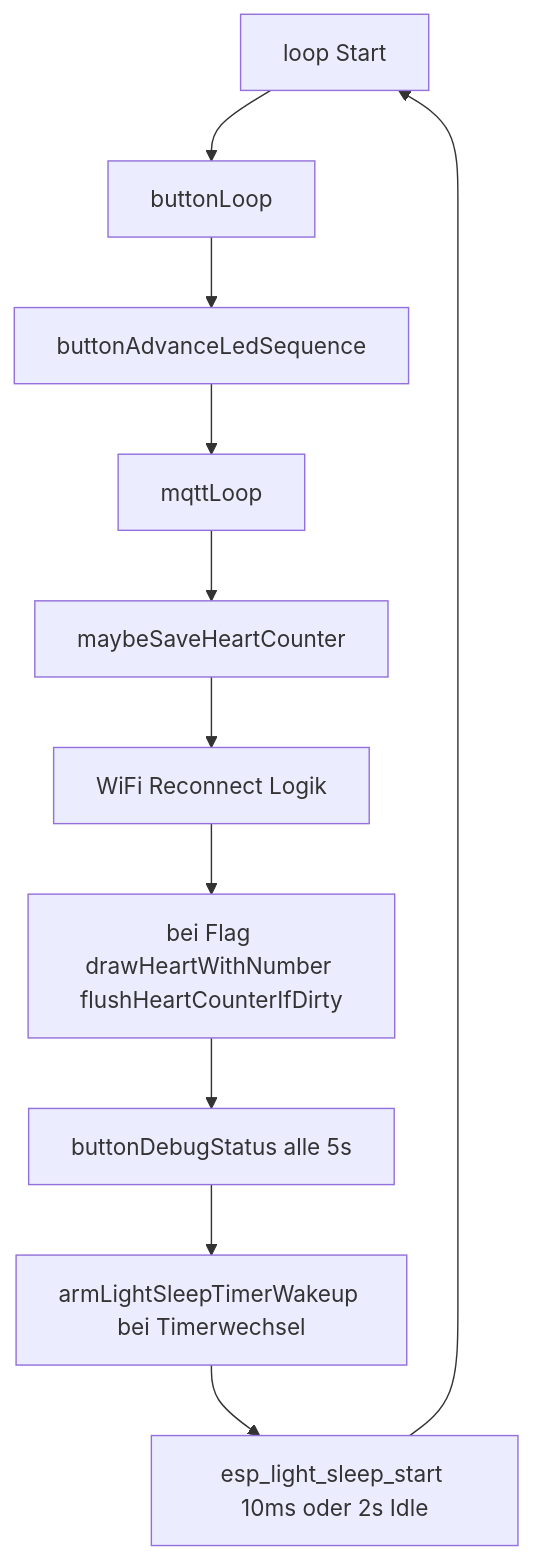
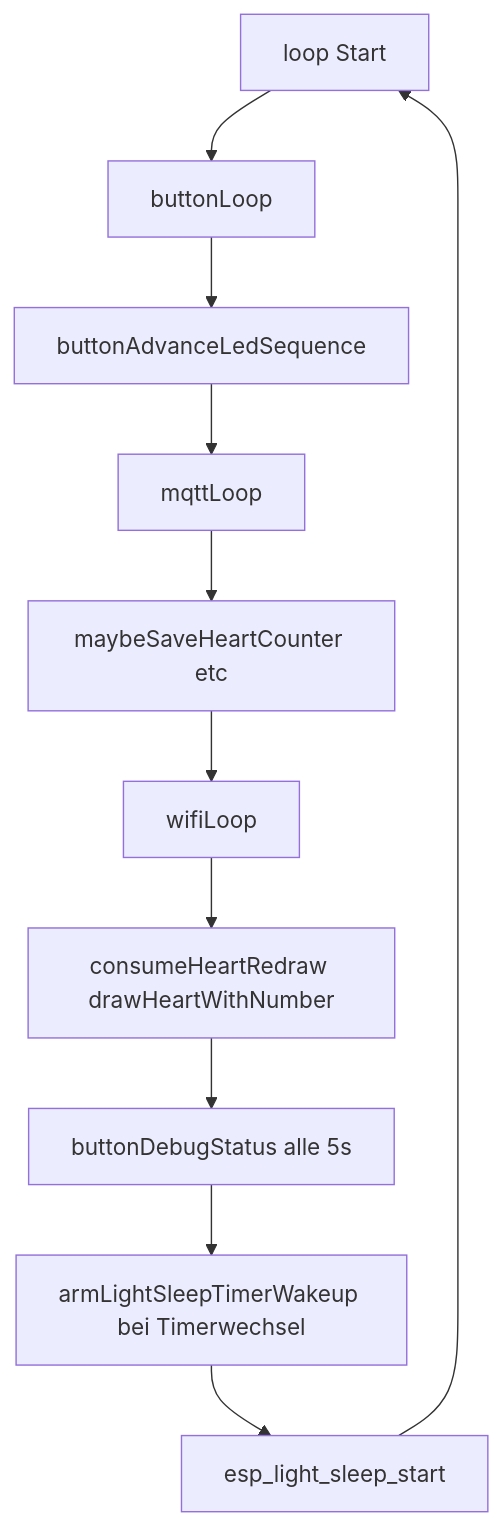
One commit to EyJunge1/chaya2mqtt changed the fourth of 4 diagrams in docs/ARCHITECTURE.md. Above: the diagram before and after it, drawn with Mermaid. The commit also changed other lines of this file and 17 other files, not shown here.

First line of the commit message:
Refactor firmware architecture and module organization

````diff
--- a/docs/ARCHITECTURE.md
+++ b/docs/ARCHITECTURE.md
@@ -107,15 +131,15 @@
 ```mermaid
 flowchart TD
     start[loop Start]
     btn[buttonLoop]
     led[buttonAdvanceLedSequence]
+    wl[wifiLoop]
     mq[mqttLoop]
-    save[maybeSaveHeartCounter]
-    wifi[WiFi Reconnect Logik]
-    redraw[bei Flag drawHeartWithNumber flushHeartCounterIfDirty]
+    save[maybeSaveHeartCounter etc]
+    redraw[consumeHeartRedraw drawHeartWithNumber]
     dbg[buttonDebugStatus alle 5s]
     arm[armLightSleepTimerWakeup bei Timerwechsel]
-    wait[esp_light_sleep_start 10ms oder 2s Idle]
+    wait[esp_light_sleep_start]
 
-    start --> btn --> led --> mq --> save --> wifi --> redraw --> dbg --> arm --> wait --> start
+    start --> btn --> led --> mq --> save --> wl --> redraw --> dbg --> arm --> wait --> start
 ```
````
